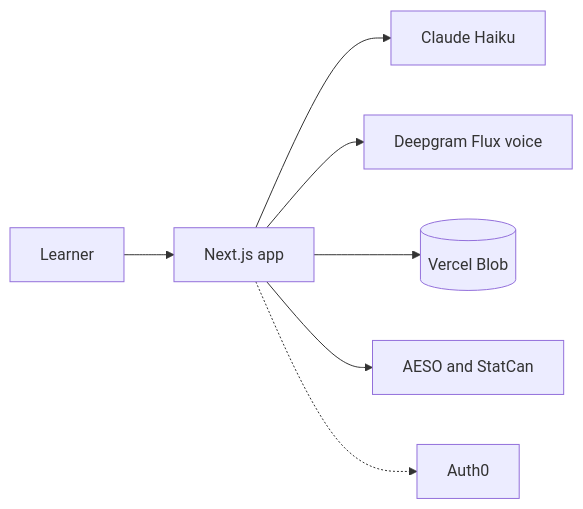
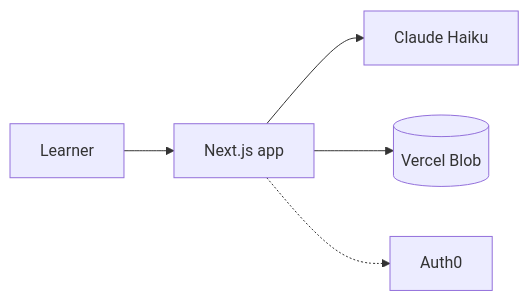
Before and after one commit to the-both-of-us/2026HTC: the diagram in README.md, drawn with Mermaid. The commit also changed other lines of this file and 304 other files, not shown here.

````diff
--- a/README.md
+++ b/README.md
@@ -38,9 +36,7 @@
 ```mermaid
 flowchart LR
   U[Learner] --> App[Next.js app]
   App --> AI[Claude Haiku]
-  App --> V[Deepgram Flux voice]
   App --> S[(Vercel Blob)]
-  App --> D[AESO and StatCan]
   App -.-> A[Auth0]
 ```
````
